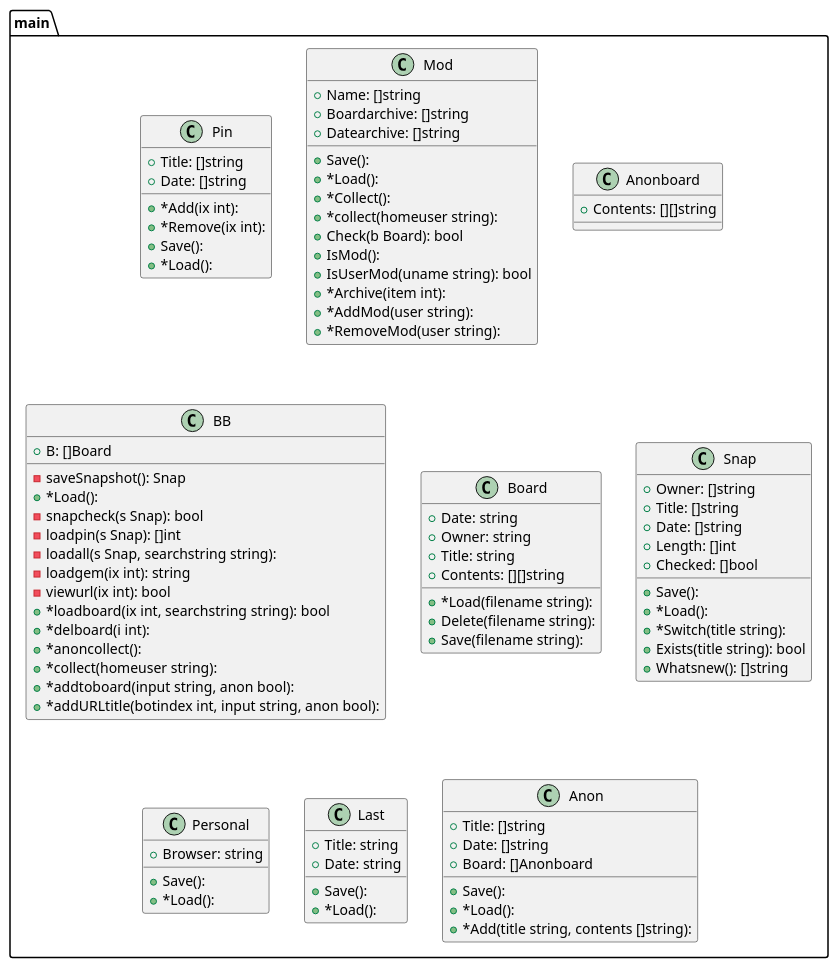
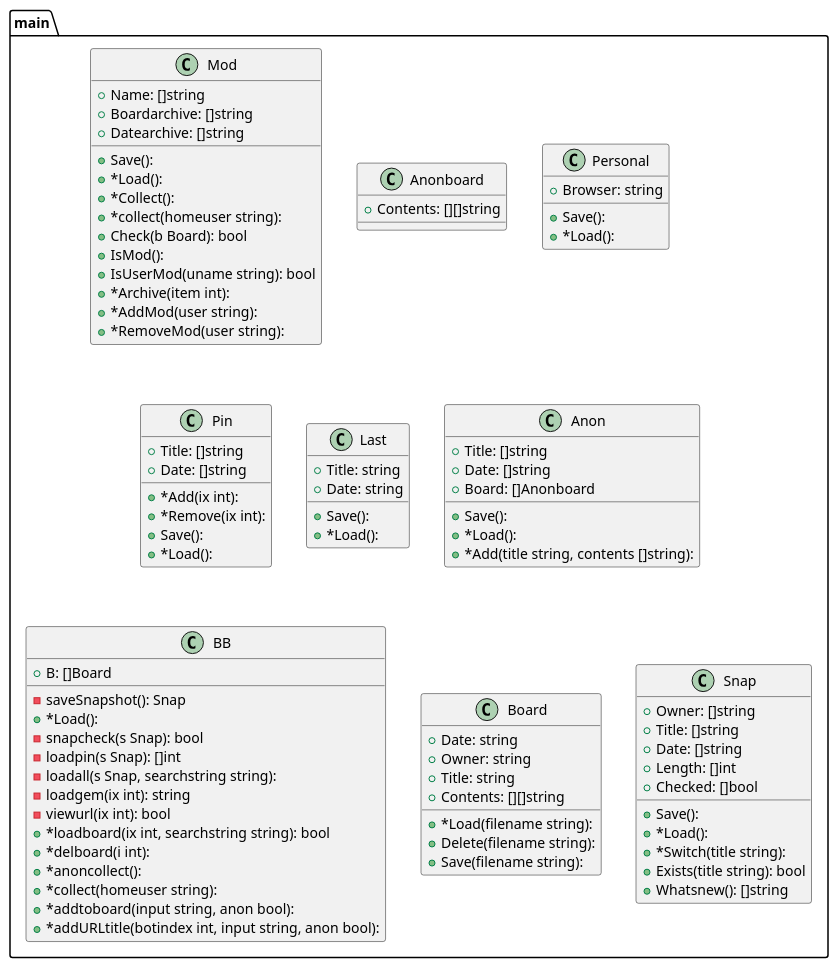
The diagram in graph.puml (tbal999/bb), drawn with PlantUML before and after one commit. The commit also changed other lines of this file and 1 other file, not shown here.

```diff
--- a/graph.puml
+++ b/graph.puml
@@ -1,104 +1,104 @@
 @startuml
-package ...main{
-class Pin {
-+Title: []string
-+Date: []string
-+*Add(ix int): 
-+*Remove(ix int): 
-+Save(): 
-+*Load(): 
-}
-}
 package ...main{
 class Mod {
 +Name: []string
 +Boardarchive: []string
 +Datearchive: []string
 +Save(): 
 +*Load(): 
 +*Collect(): 
 +*collect(homeuser string): 
 +Check(b Board): bool
 +IsMod(): 
 +IsUserMod(uname string): bool
 +*Archive(item int): 
 +*AddMod(user string): 
 +*RemoveMod(user string): 
 }
 }
 package ...main{
 class Anonboard {
 +Contents: [][]string
 
+}
+}
+package ...main{
+class Personal {
++Browser: string
++Save(): 
++*Load(): 
+}
+}
+package ...main{
+class Pin {
++Title: []string
++Date: []string
++*Add(ix int): 
++*Remove(ix int): 
++Save(): 
++*Load(): 
+}
+}
+package ...main{
+class Last {
++Title: string
++Date: string
++Save(): 
++*Load(): 
+}
+}
+package ...main{
+class Anon {
++Title: []string
++Date: []string
++Board: []Anonboard
++Save(): 
++*Load(): 
++*Add(title string, contents []string): 
 }
 }
 package ...main{
 class BB {
 +B: []Board
 -saveSnapshot(): Snap
 +*Load(): 
 -snapcheck(s Snap): bool
 -loadpin(s Snap): []int
 -loadall(s Snap, searchstring string): 
 -loadgem(ix int): string
 -viewurl(ix int): bool
 +*loadboard(ix int, searchstring string): bool
 +*delboard(i int): 
 +*anoncollect(): 
 +*collect(homeuser string): 
 +*addtoboard(input string, anon bool): 
 +*addURLtitle(botindex int, input string, anon bool): 
 }
 }
 package ...main{
 class Board {
 +Date: string
 +Owner: string
 +Title: string
 +Contents: [][]string
 +*Load(filename string): 
 +Delete(filename string): 
 +Save(filename string): 
 }
 }
 package ...main{
 class Snap {
 +Owner: []string
 +Title: []string
 +Date: []string
 +Length: []int
 +Checked: []bool
 +Save(): 
 +*Load(): 
 +*Switch(title string): 
 +Exists(title string): bool
 +Whatsnew(): []string
 }
 }
-package ...main{
-class Personal {
-+Browser: string
-+Save(): 
-+*Load(): 
-}
-}
-package ...main{
-class Last {
-+Title: string
-+Date: string
-+Save(): 
-+*Load(): 
-}
-}
-package ...main{
-class Anon {
-+Title: []string
-+Date: []string
-+Board: []Anonboard
-+Save(): 
-+*Load(): 
-+*Add(title string, contents []string): 
-}
-}
 
 @enduml
```
